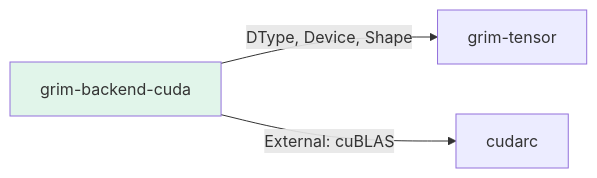
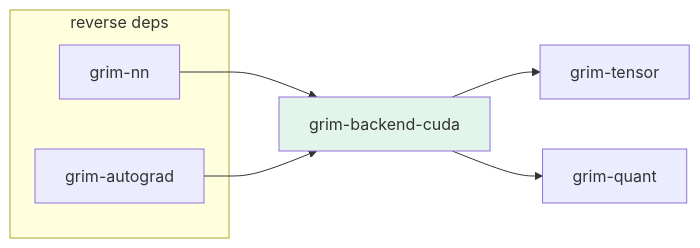
The diagram in crates/grim-backend-cuda/README.md (sydonayrex/grim), drawn with Mermaid before and after one commit. The commit also changed other lines of this file and 55 other files, not shown here.

````diff
--- a/crates/grim-backend-cuda/README.md
+++ b/crates/grim-backend-cuda/README.md
@@ -19,7 +17,15 @@
 ```mermaid
 graph LR
-    A[grim-backend-cuda] -->|DType, Device, Shape| B[grim-tensor]
-    A -->|External: cuBLAS| C[cudarc]
-    
+    A[grim-backend-cuda] --> B[grim-tensor]
+    A --> C[grim-quant]
+
+    subgraph "reverse deps"
+        D1[grim-nn]
+        D2[grim-autograd]
+    end
+
+    D1 --> A
+    D2 --> A
+
     style A fill:#e1f5ea
 ```
````
